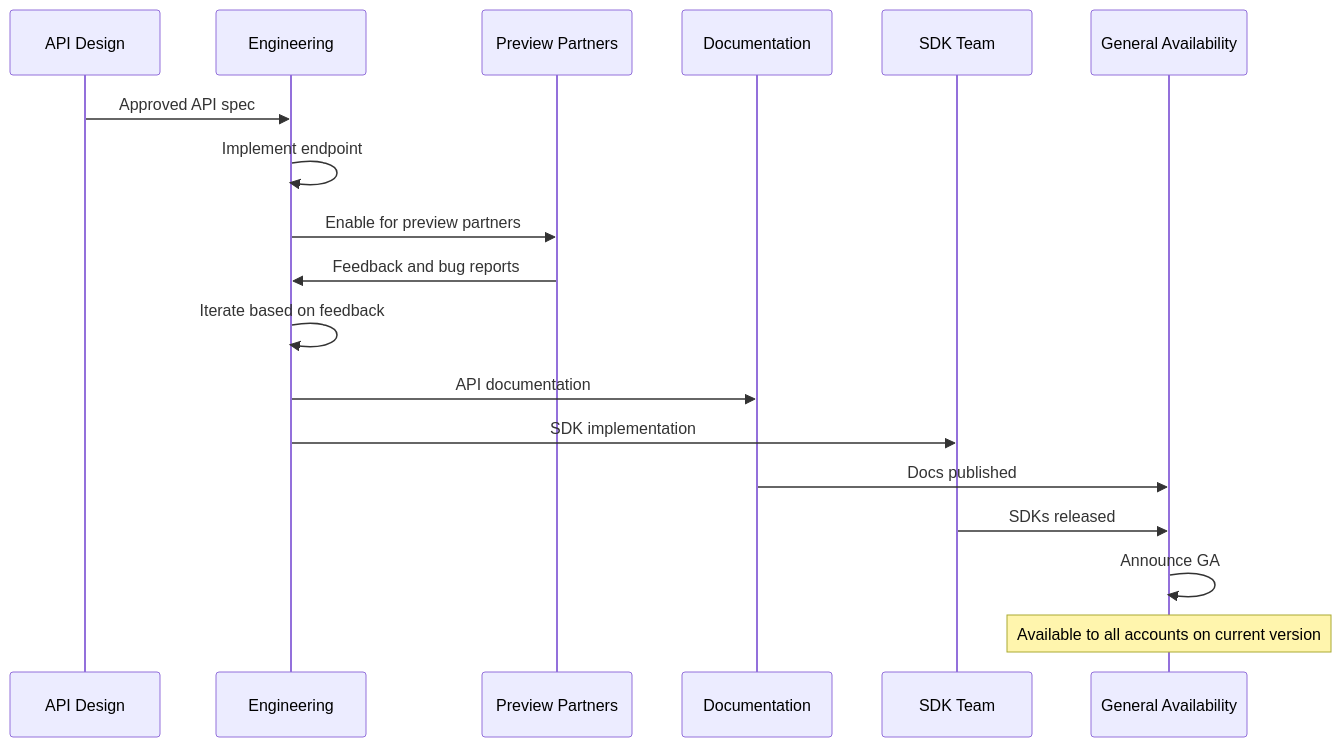
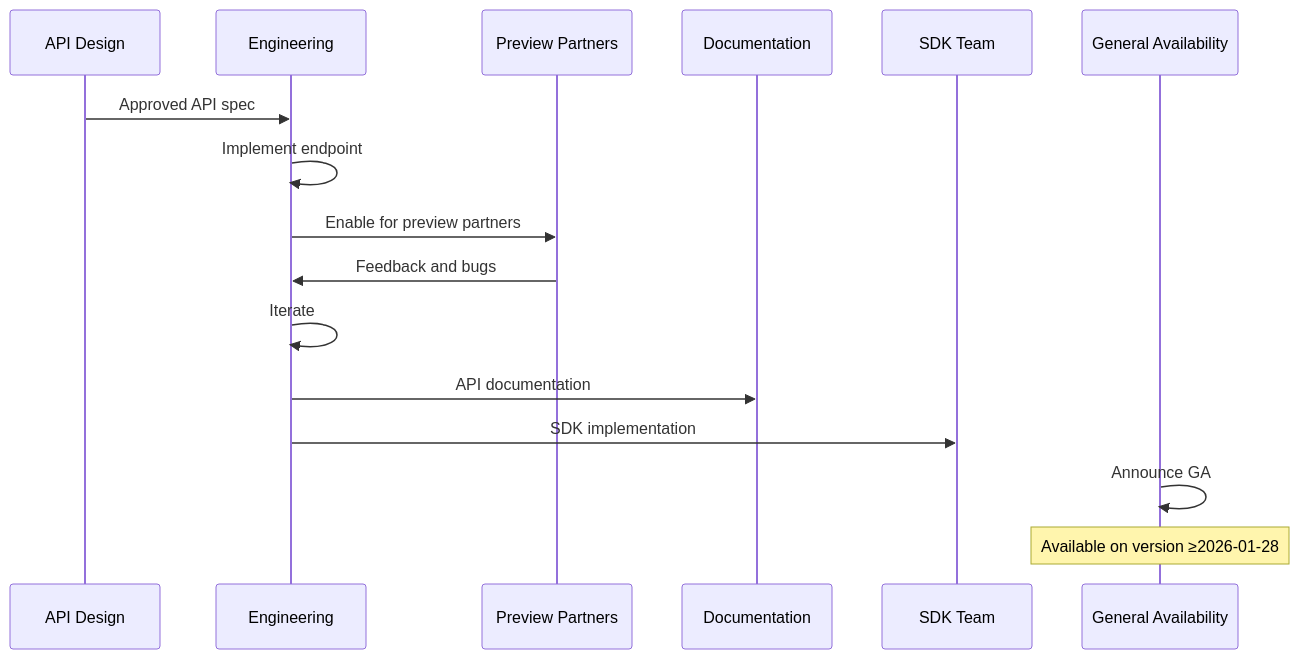
Before and after one commit to udaytamma/Cyrus: the eighth of 8 diagrams in gemini-responses/api-platform-stripe.md, drawn with Mermaid. The commit also changed other lines of this file and 8 other files, not shown here.

````diff
--- a/gemini-responses/api-platform-stripe.md
+++ b/gemini-responses/api-platform-stripe.md
@@ -590,25 +473,22 @@
 ```mermaid
 sequenceDiagram
     participant Design as API Design
     participant Eng as Engineering
     participant Preview as Preview Partners
     participant Docs as Documentation
     participant SDK as SDK Team
     participant GA as General Availability
 
     Design->>Eng: Approved API spec
     Eng->>Eng: Implement endpoint
 
     Eng->>Preview: Enable for preview partners
-    Preview->>Eng: Feedback and bug reports
-    Eng->>Eng: Iterate based on feedback
+    Preview->>Eng: Feedback and bugs
+    Eng->>Eng: Iterate
 
     Eng->>Docs: API documentation
     Eng->>SDK: SDK implementation
 
-    Docs->>GA: Docs published
-    SDK->>GA: SDKs released
-
     GA->>GA: Announce GA
-    Note over GA: Available to all accounts on current version
+    Note over GA: Available on version ≥2026-01-28
 ```
````
